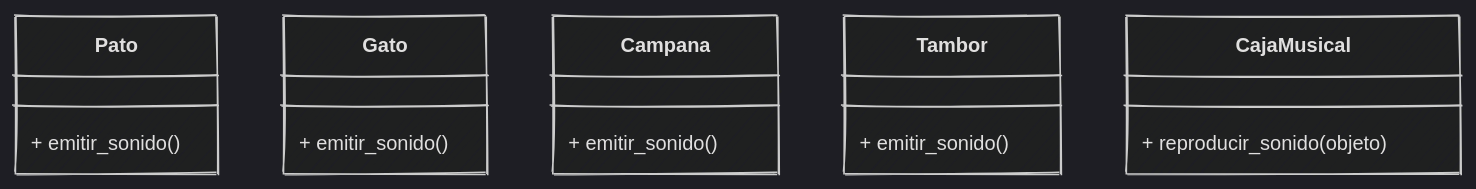
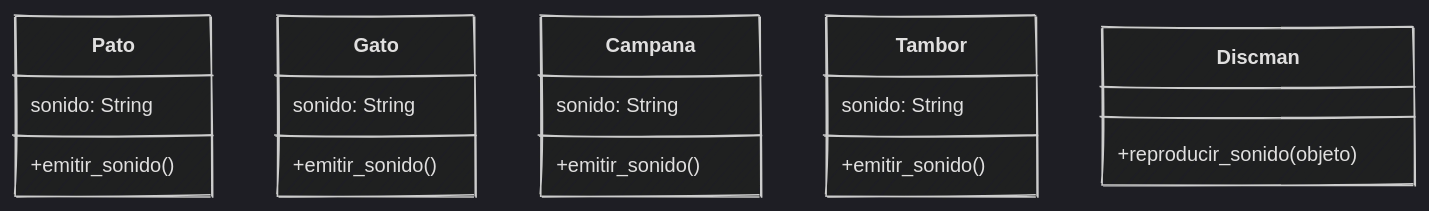
Before and after one commit to python-la-paz/python-study-group-oop: the second of 8 diagrams in content/sesion07/Readme.md, drawn with Mermaid. The commit also changed other lines of this file and 3 other files, not shown here.

````diff
--- a/content/sesion07/Readme.md
+++ b/content/sesion07/Readme.md
@@ -293,23 +339,27 @@
 ```mermaid
 %%{init: {"theme": "dark", "look": "handDrawn"  }}%%
 classDiagram
     class Pato {
-        + emitir_sonido()
+        sonido: String
+        +emitir_sonido()
     }
     
     class Gato {
-        + emitir_sonido()
+        sonido: String
+        +emitir_sonido()
     }
 
     class Campana {
-        + emitir_sonido()
+        sonido: String
+        +emitir_sonido()
     }
 
     class Tambor {
-        + emitir_sonido()
+        sonido: String
+        +emitir_sonido()
     }
 
-    class CajaMusical {
-        + reproducir_sonido(objeto)
+    class Discman {
+        +reproducir_sonido(objeto)
     }
-```	
+```
````
